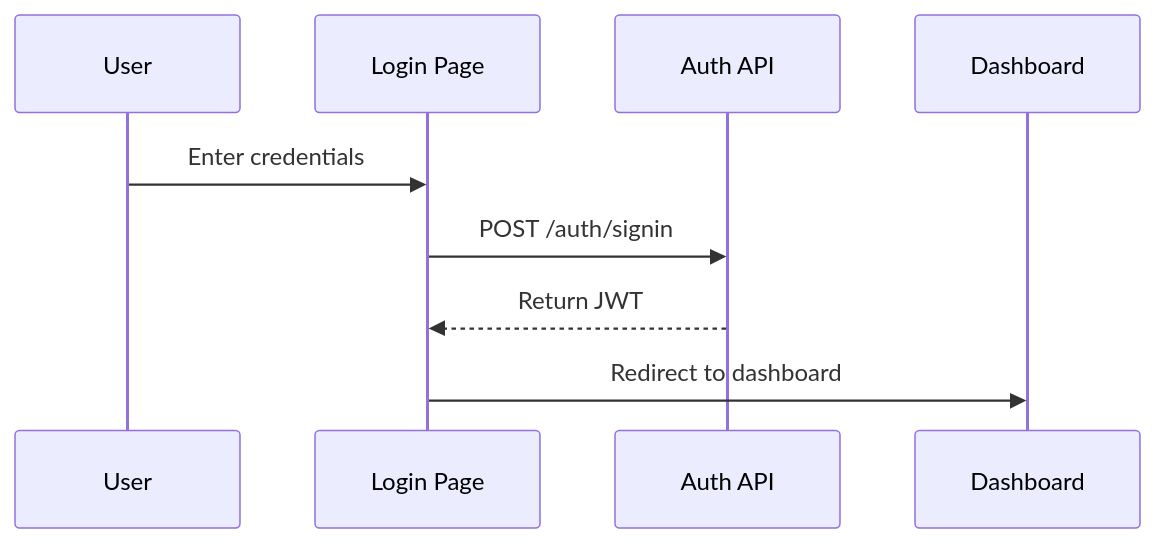
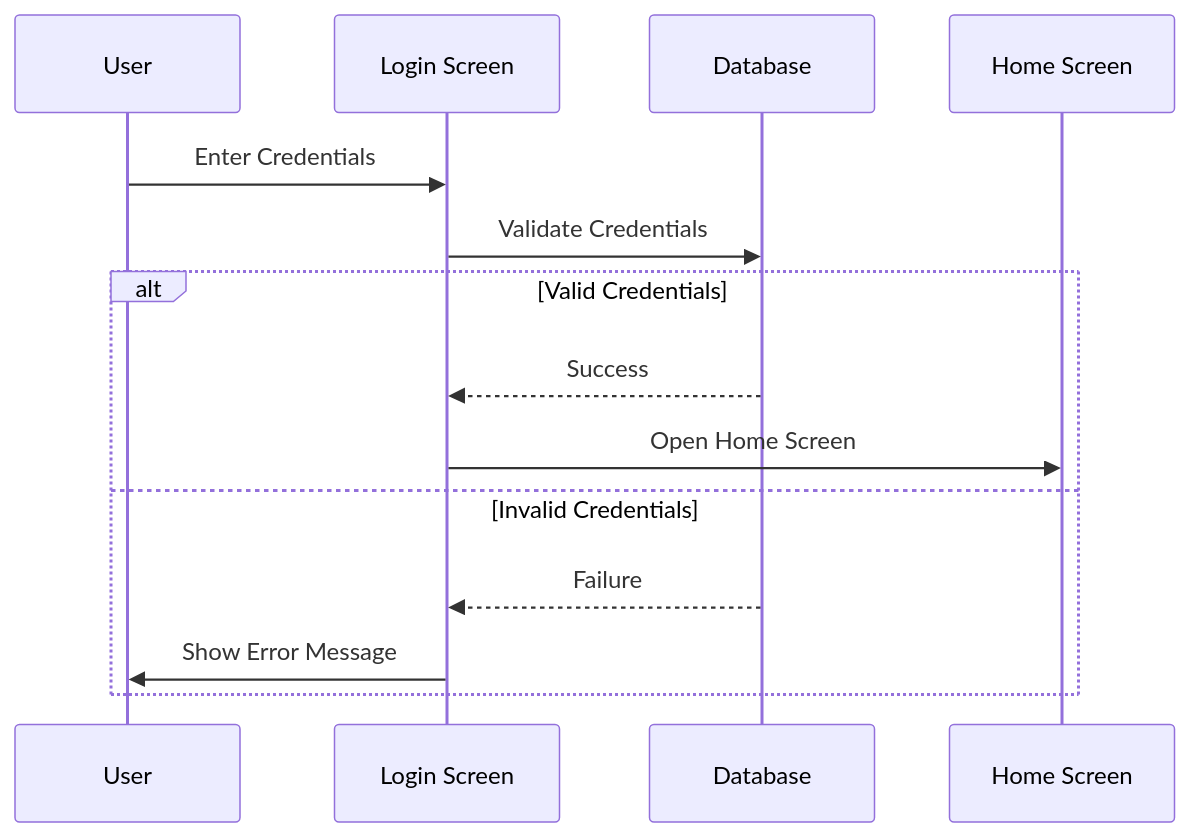
One commit to Barath-07-tech/codebase_doc changed the second of 4 diagrams in docs/web.md. Above: the diagram before and after it, drawn with Mermaid. The commit also changed other lines of this file and 16 other files, not shown here.

````diff
--- a/docs/web.md
+++ b/docs/web.md
@@ -203,12 +33,17 @@
 ```mermaid
 sequenceDiagram
     participant U as User
-    participant L as Login Page
-    participant A as Auth API
-    participant D as Dashboard
+    participant L as Login Screen
+    participant DB as Database
+    participant H as Home Screen
 
-    U->>L: Enter credentials
-    L->>A: POST /auth/signin
-    A-->>L: Return JWT
-    L->>D: Redirect to dashboard
+    U->>L: Enter Credentials
+    L->>DB: Validate Credentials
+    alt Valid Credentials
+        DB-->>L: Success
+        L->>H: Open Home Screen
+    else Invalid Credentials
+        DB-->>L: Failure
+        L->>U: Show Error Message
+    end
 ```
````
